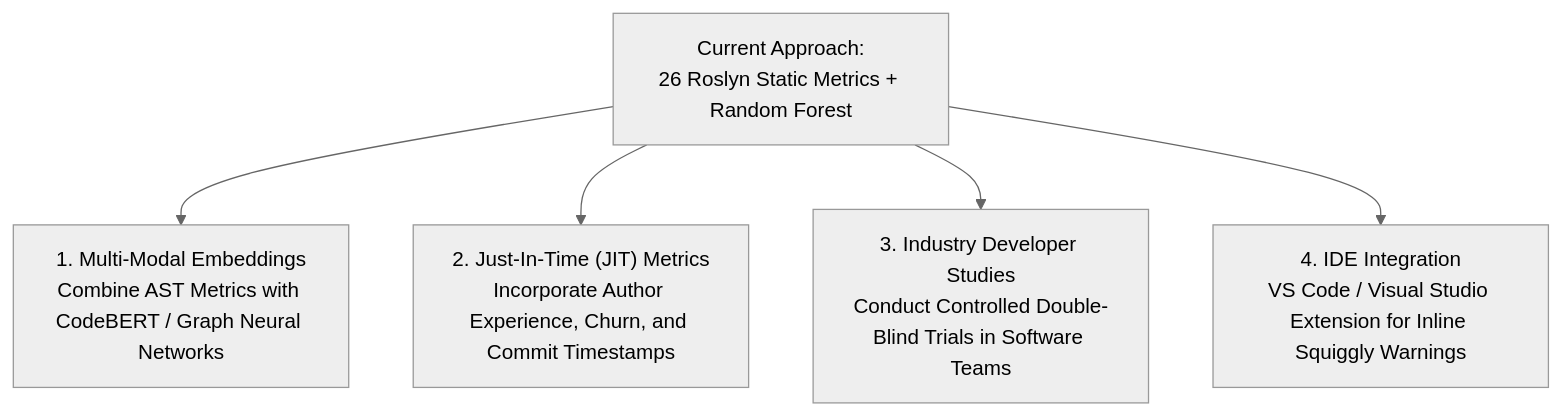
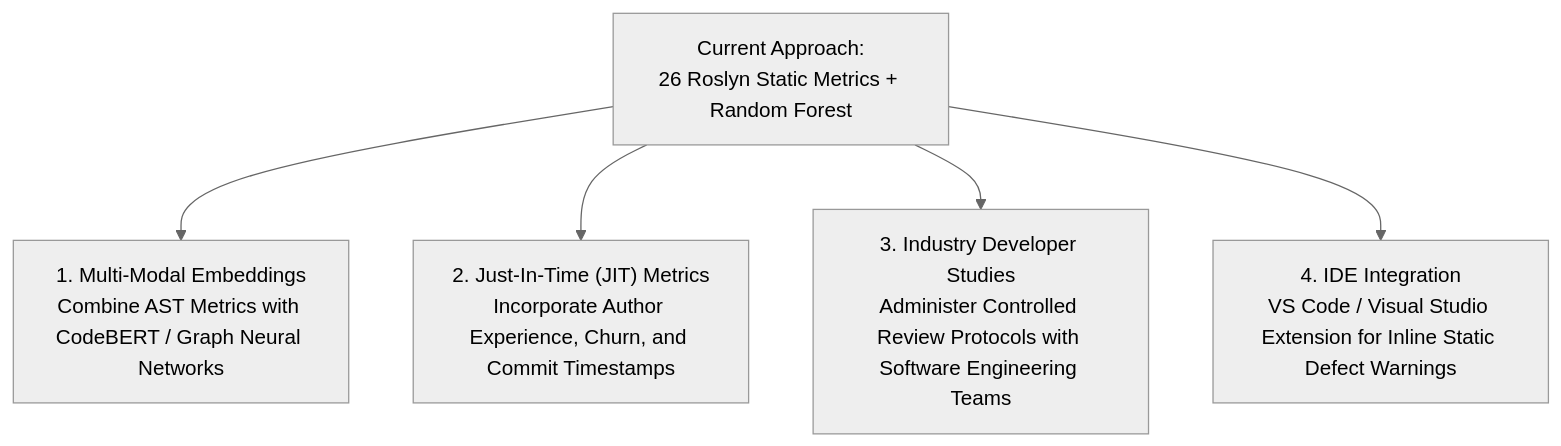
One commit to BogdanCTU/Applied-Computational-Intelligence-UBB changed the diagram in Year2_Semester1_ComputationalIntelligenceSoftwareEngineering/CISE_Project2/6_Presentation/07_ConclusionAndFutureWork.md. Above: the diagram before and after it, drawn with Mermaid (neutral theme). The commit also changed other lines of this file and 41 other files, not shown here.

````diff
--- a/Year2_Semester1_ComputationalIntelligenceSoftwareEngineering/CISE_Project2/6_Presentation/07_ConclusionAndFutureWork.md
+++ b/Year2_Semester1_ComputationalIntelligenceSoftwareEngineering/CISE_Project2/6_Presentation/07_ConclusionAndFutureWork.md
@@ -31,7 +31,7 @@
 ```mermaid
 flowchart TD
     Current["Current Approach:<br/>26 Roslyn Static Metrics + Random Forest"] --> A["1. Multi-Modal Embeddings<br/>Combine AST Metrics with CodeBERT / Graph Neural Networks"]
     Current --> B["2. Just-In-Time (JIT) Metrics<br/>Incorporate Author Experience, Churn, and Commit Timestamps"]
-    Current --> C["3. Industry Developer Studies<br/>Conduct Controlled Double-Blind Trials in Software Teams"]
-    Current --> D["4. IDE Integration<br/>VS Code / Visual Studio Extension for Inline Squiggly Warnings"]
+    Current --> C["3. Industry Developer Studies<br/>Administer Controlled Review Protocols with Software Engineering Teams"]
+    Current --> D["4. IDE Integration<br/>VS Code / Visual Studio Extension for Inline Static Defect Warnings"]
 ```
````
